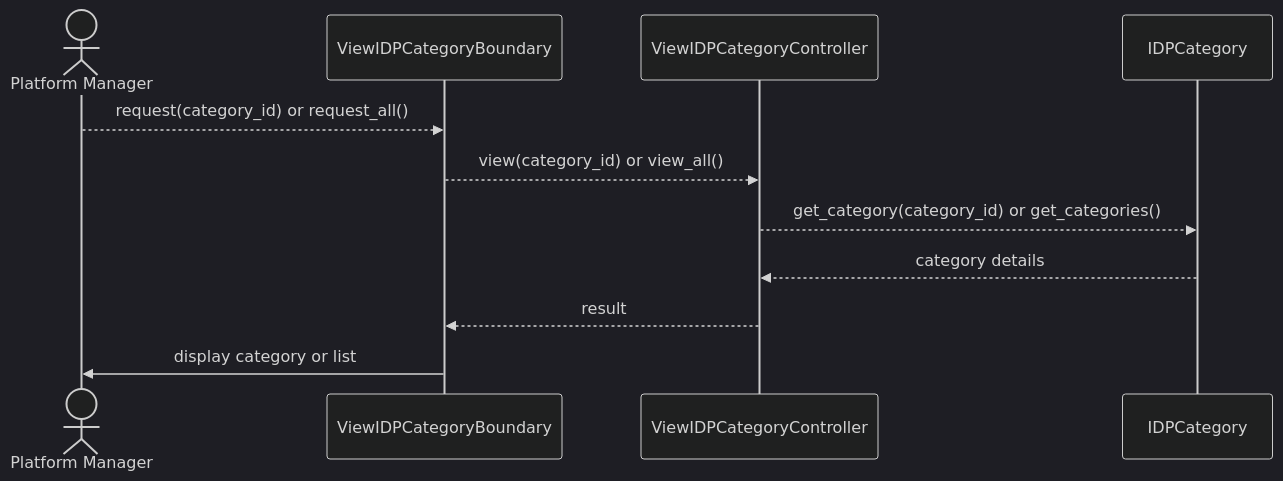
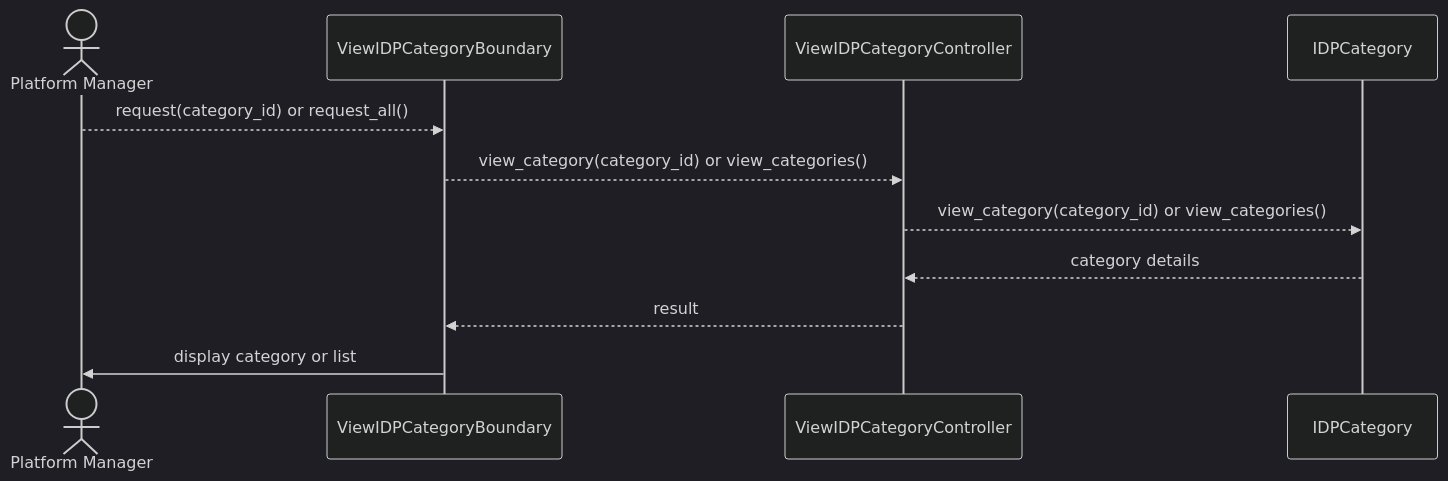
One commit to boyinapuddle/CSIT314-Chinese changed the second of 2 diagrams in diagrams/US40_View_IDP_Category/README.md. Above: the diagram before and after it, drawn with Mermaid (dark theme). The commit also changed other lines of this file and 140 other files, not shown here.

````diff
--- a/diagrams/US40_View_IDP_Category/README.md
+++ b/diagrams/US40_View_IDP_Category/README.md
@@ -20,13 +20,13 @@
 ```mermaid
 sequenceDiagram
     actor P0 as Platform Manager
     participant P1 as ViewIDPCategoryBoundary
     participant P2 as ViewIDPCategoryController
     participant P3 as IDPCategory
     P0-->>P1: request(category_id) or request_all()
-    P1-->>P2: view(category_id) or view_all()
-    P2-->>P3: get_category(category_id) or get_categories()
+    P1-->>P2: view_category(category_id) or view_categories()
+    P2-->>P3: view_category(category_id) or view_categories()
     P3-->>P2: category details
     P2-->>P1: result
     P1->>P0: display category or list
 ```
````
